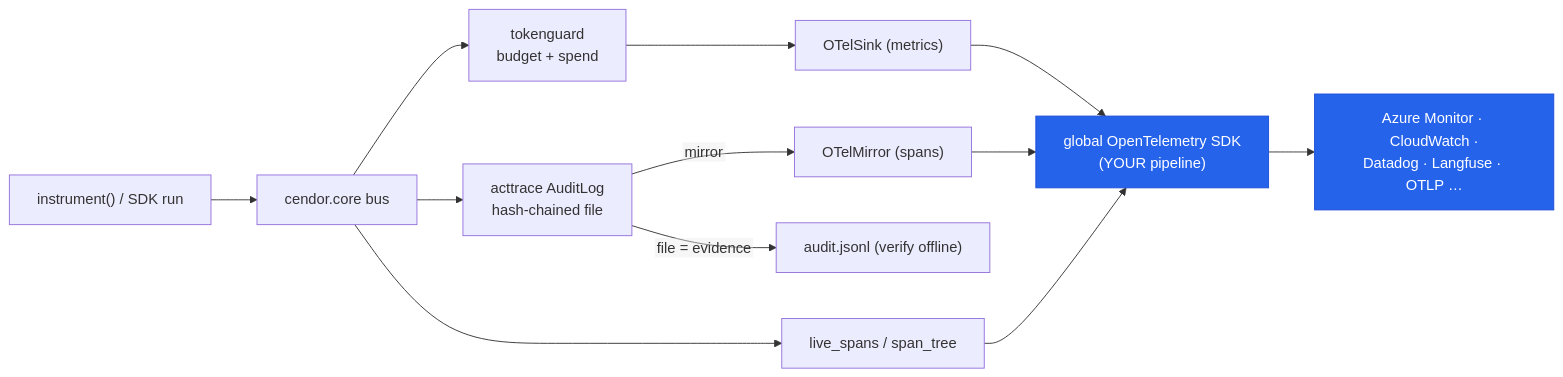
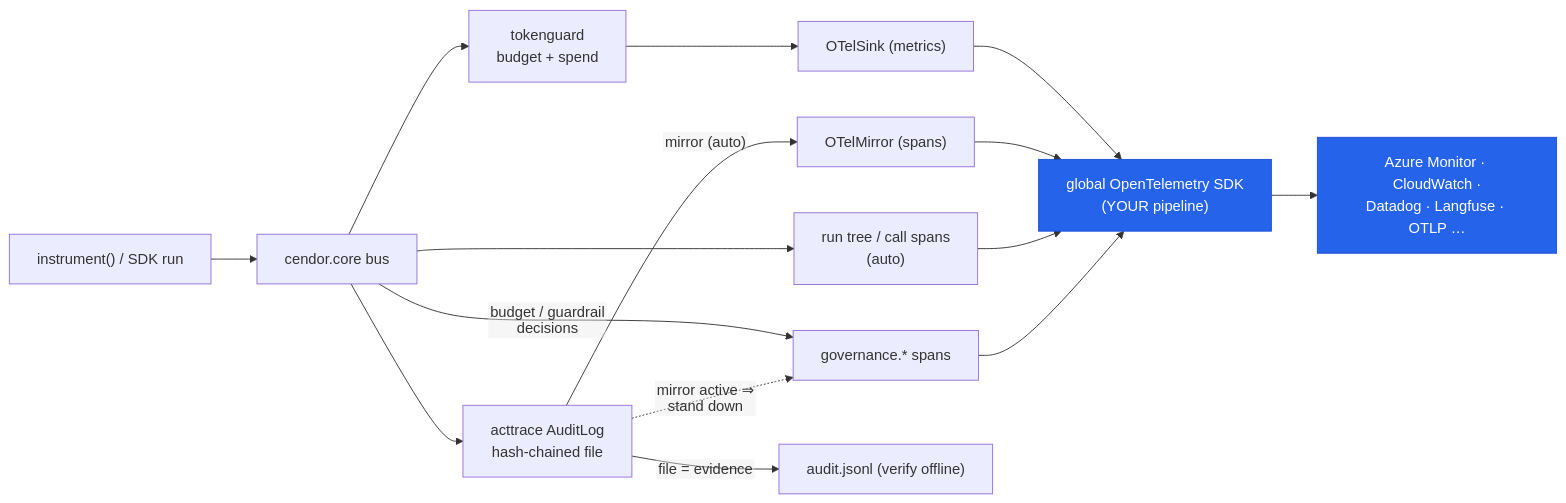
Before and after one commit to cendorhq/cendor-libs: the diagram in docs/observability.md, drawn with Mermaid. The commit also changed other lines of this file and 16 other files, not shown here.

````diff
--- a/docs/observability.md
+++ b/docs/observability.md
@@ -452,24 +589,26 @@
 ```mermaid
 %%{init: {"flowchart": {"htmlLabels": false}} }%%
 graph LR
     INSTR["instrument() / SDK run"]
     BUS["cendor.core bus"]
     TG["tokenguard<br/>budget + spend"]
     AT["acttrace AuditLog<br/>hash-chained file"]
-    SPANS["live_spans / span_tree"]
+    SPANS["run tree / call spans<br/>(auto)"]
     SINK["OTelSink (metrics)"]
     MIRROR["OTelMirror (spans)"]
     OTEL["global OpenTelemetry SDK<br/>(YOUR pipeline)"]
     BACKEND["Azure Monitor · CloudWatch ·<br/>Datadog · Langfuse · OTLP …"]
 
     INSTR --> BUS
     BUS --> TG --> SINK --> OTEL
     BUS --> AT
-    AT -->|"mirror"| MIRROR --> OTEL
+    AT -->|"mirror (auto)"| MIRROR --> OTEL
     BUS --> SPANS --> OTEL
+    BUS -->|"budget / guardrail<br/>decisions"| GOV["governance.* spans"] --> OTEL
+    AT -.->|"mirror active ⇒<br/>stand down"| GOV
     AT -->|"file = evidence"| FILE["audit.jsonl (verify offline)"]
     OTEL --> BACKEND
 
     classDef ev fill:#2563EB,color:#fff,stroke:#1D4ED8;
     class OTEL,BACKEND ev;
 ```
````
